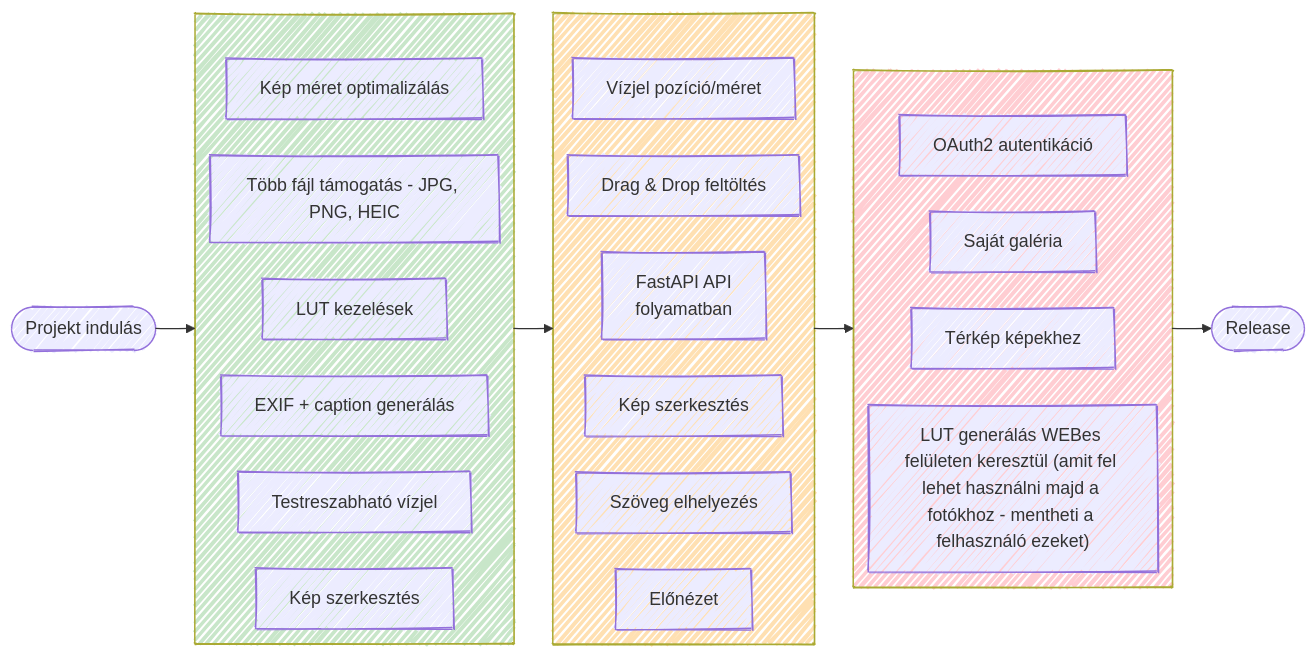
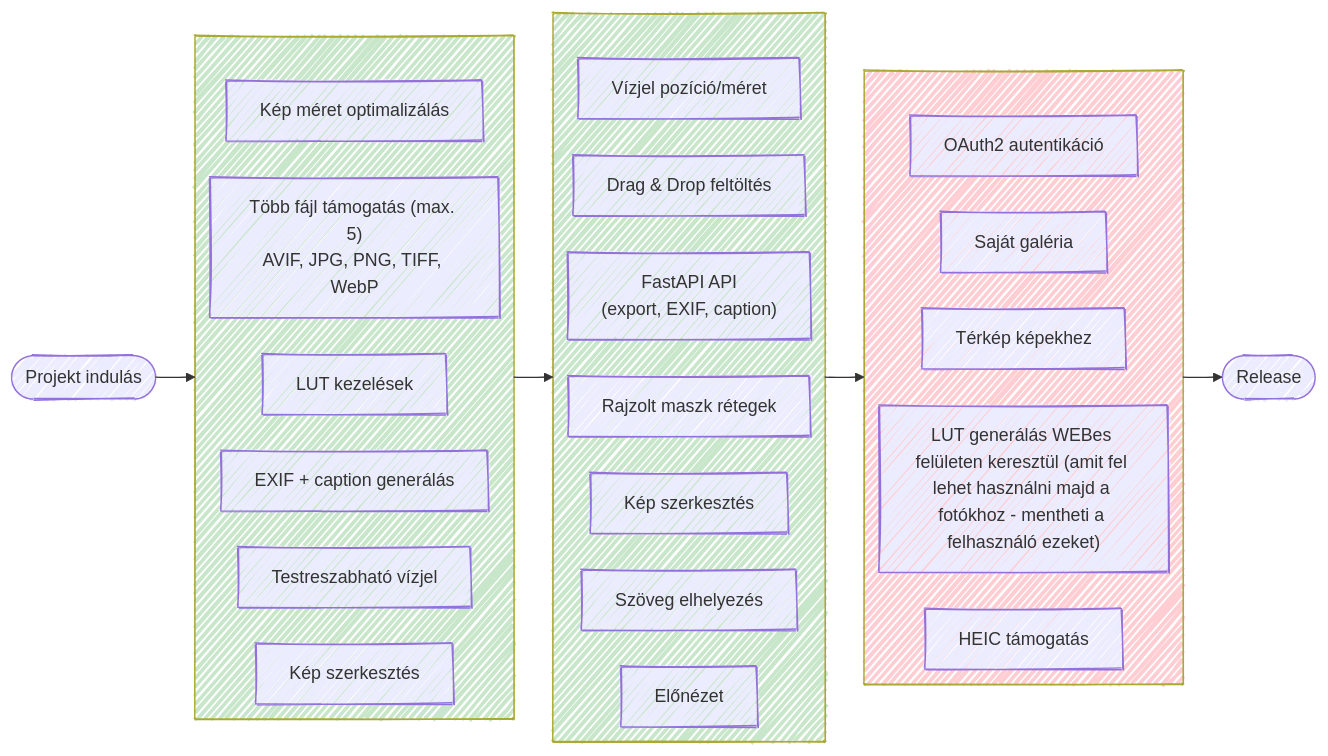
Before and after one commit to bencso/WizPX: the first of 2 diagrams in README.md, drawn with Mermaid. The commit also changed other lines of this file and 3 other files, not shown here.

First line of the commit message:
docs: README státusz/roadmap a kód alapján (maszk és LUT kész), robusztus horgony-linkek, frontend README, LUT leírás

````diff
--- a/README.md
+++ b/README.md
@@ -111,39 +115,41 @@
 ```mermaid
 ---
 config:
   look: handDrawn
   layout: elk
 ---
 flowchart LR
  subgraph MVP["<br>"]
-        m1["Több fájl támogatás - JPG, PNG, HEIC"]
+        m1["Több fájl támogatás (max. 5)<br>AVIF, JPG, PNG, TIFF, WebP"]
         m2["EXIF + caption generálás"]
         m3["Kép méret optimalizálás"]
         m4["Testreszabható vízjel"]
         m5["Kép szerkesztés"]
         m6["LUT kezelések"]
   end
  subgraph WEB["<br>"]
         w1["Drag & Drop feltöltés"]
         w2["Kép szerkesztés"]
         w3["Vízjel pozíció/méret"]
         w4["Szöveg elhelyezés"]
         w5["Előnézet"]
-        w6["FastAPI API\nfolyamatban"]
+        w6["FastAPI API<br>(export, EXIF, caption)"]
+        w7["Rajzolt maszk rétegek"]
   end
  subgraph ADV["</br>"]
         a1["Saját galéria"]
         a2["Térkép képekhez"]
         a3["OAuth2 autentikáció"]
         a4["LUT generálás WEBes felületen keresztül (amit fel lehet használni majd a fotókhoz - mentheti a felhasználó ezeket)"]
+        a5["HEIC támogatás"]
   end
     Start["Projekt indulás"] --> MVP
     MVP --> WEB
     WEB --> ADV
     ADV --> End(["Release"])
 
     Start@{ shape: terminal}
     style MVP fill:#C8E6C9,color:#00C853
-    style WEB fill:#FFE0B2
+    style WEB fill:#C8E6C9,color:#00C853
     style ADV fill:#FFCDD2
 ```
````
